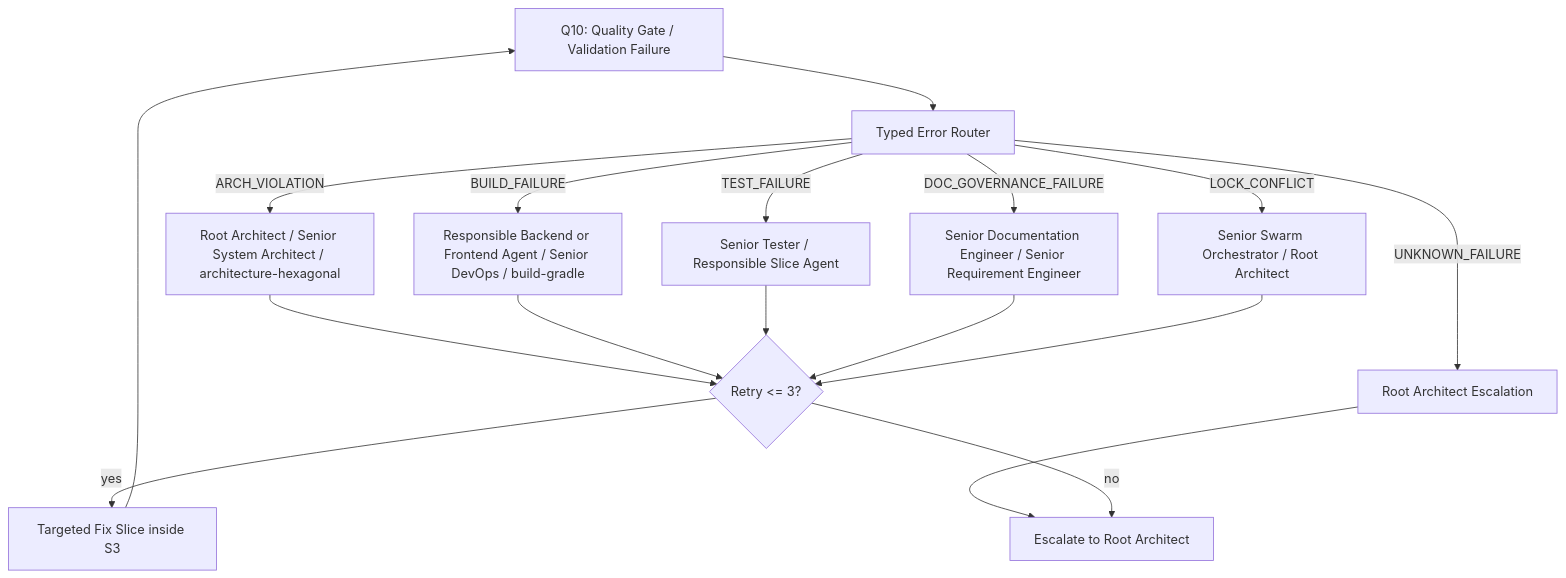
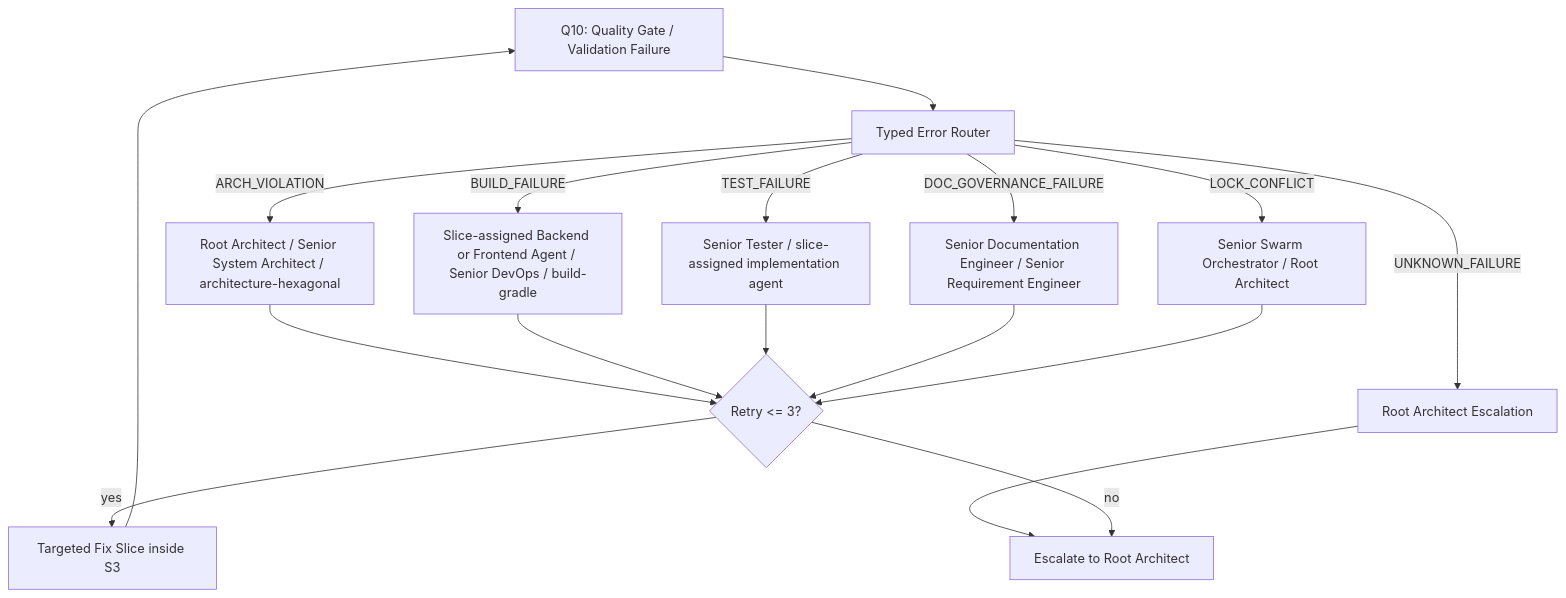
The second of 3 diagrams in docs/process/workflow-execute.md (MatthiasBurger-Coder/forensic_analytics), drawn with Mermaid before and after one commit. The commit also changed other lines of this file and 11 other files, not shown here.

````diff
--- a/docs/process/workflow-execute.md
+++ b/docs/process/workflow-execute.md
@@ -94,19 +94,19 @@
 ```mermaid
 flowchart TD
   Q10["Q10: Quality Gate / Validation Failure"] --> R["Typed Error Router"]
   R -->|ARCH_VIOLATION| A["Root Architect / Senior System Architect / architecture-hexagonal"]
-  R -->|BUILD_FAILURE| B["Responsible Backend or Frontend Agent / Senior DevOps / build-gradle"]
-  R -->|TEST_FAILURE| T["Senior Tester / Responsible Slice Agent"]
+  R -->|BUILD_FAILURE| B["Slice-assigned Backend or Frontend Agent / Senior DevOps / build-gradle"]
+  R -->|TEST_FAILURE| T["Senior Tester / slice-assigned implementation agent"]
   R -->|DOC_GOVERNANCE_FAILURE| D["Senior Documentation Engineer / Senior Requirement Engineer"]
   R -->|LOCK_CONFLICT| L["Senior Swarm Orchestrator / Root Architect"]
   R -->|UNKNOWN_FAILURE| X["Root Architect Escalation"]
   A --> RC{"Retry <= 3?"}
   B --> RC
   T --> RC
   D --> RC
   L --> RC
   X --> ESC["Escalate to Root Architect"]
   RC -->|yes| FIX["Targeted Fix Slice inside S3"]
   RC -->|no| ESC
   FIX --> Q10
 ```
````
